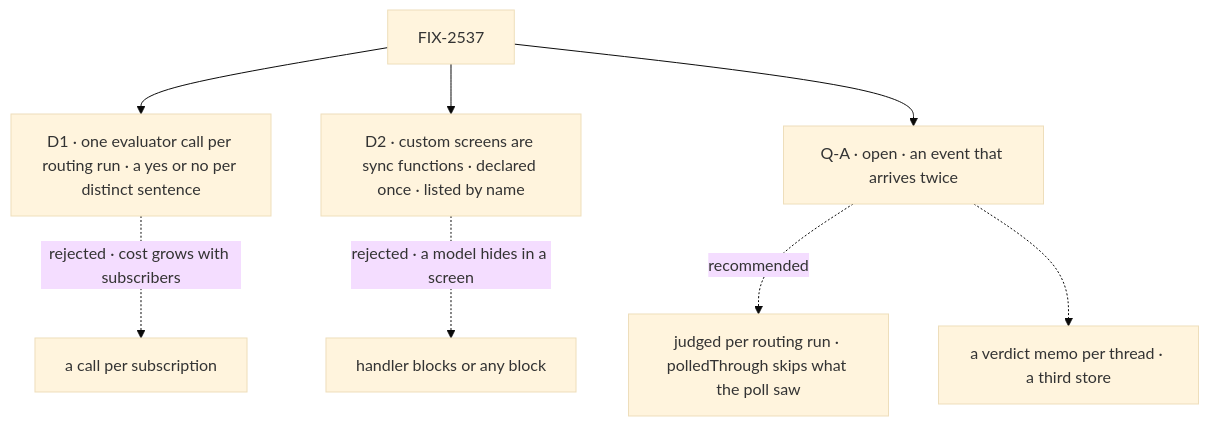
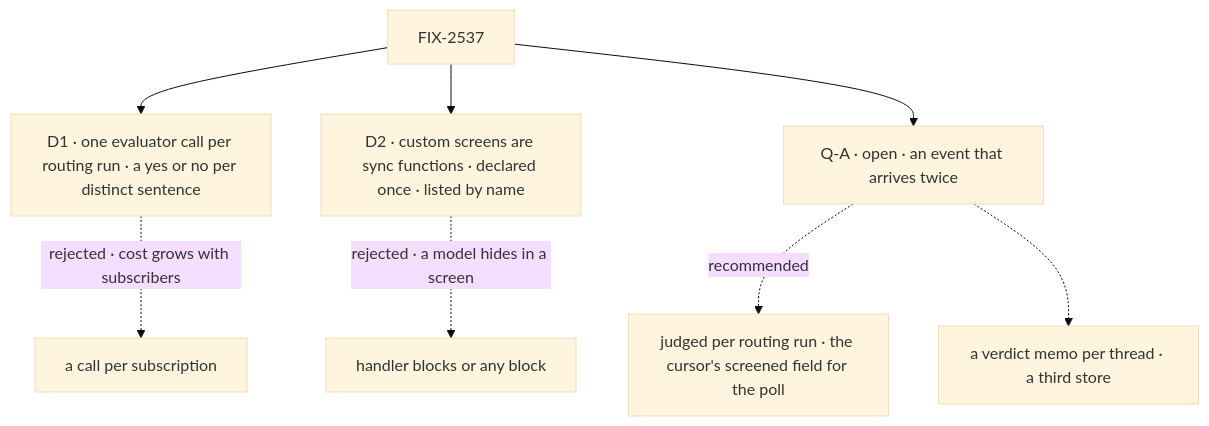
The diagram in specs/issues/FIX-2537/DECISIONS.md (fixpoint-labs/flow-state-dev), drawn with Mermaid (base theme) before and after one commit. The commit also changed other lines of this file and 2 other files, not shown here.

First line of the commit message:
spec(FIX-2537): Q-A cites FIX-2536's screened cursor field

````diff
--- a/specs/issues/FIX-2537/DECISIONS.md
+++ b/specs/issues/FIX-2537/DECISIONS.md
@@ -9,10 +9,10 @@
 ```mermaid
 flowchart TD
   I["FIX-2537"] --> D1["D1 · one evaluator call per routing run · a yes or no per distinct sentence"]
   D1 -.->|"rejected · cost grows with subscribers"| X1["a call per subscription"]
   I --> D2["D2 · custom screens are sync functions · declared once · listed by name"]
   D2 -.->|"rejected · a model hides in a screen"| X2["handler blocks or any block"]
   I --> QA["Q-A · open · an event that arrives twice"]
-  QA -.->|"recommended"| QA1["judged per routing run · polledThrough skips what the poll saw"]
+  QA -.->|"recommended"| QA1["judged per routing run · the cursor's screened field for the poll"]
   QA -.-> QA2["a verdict memo per thread · a third store"]
 ```
````
